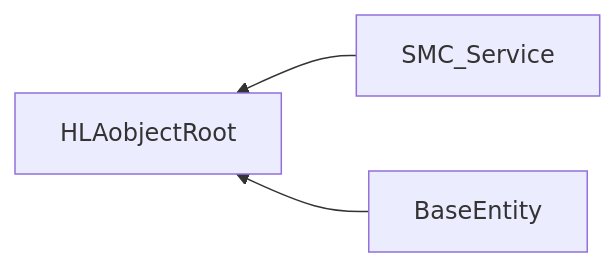
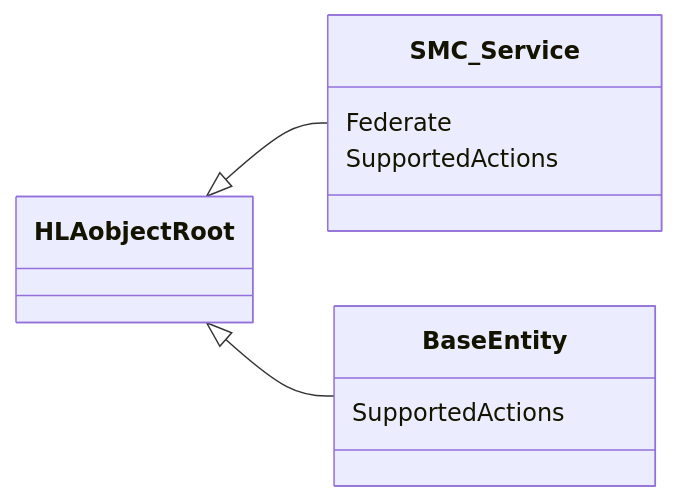
One commit to AMSP-04/NETN-SMC changed the second of 3 diagrams in NETN-SMC.md. Above: the diagram before and after it, drawn with Mermaid. The commit also changed other lines of this file and 1 other file, not shown here.

````diff
--- a/NETN-SMC.md
+++ b/NETN-SMC.md
@@ -45,5 +43,10 @@
 ```mermaid
-graph RL
-SMC_Service-->HLAobjectRoot
-BaseEntity-->HLAobjectRoot
+classDiagram 
+direction LR
+
+HLAobjectRoot <|-- SMC_Service
+HLAobjectRoot <|-- BaseEntity
+SMC_Service : Federate
+SMC_Service : SupportedActions
+BaseEntity : SupportedActions
 ```
````
